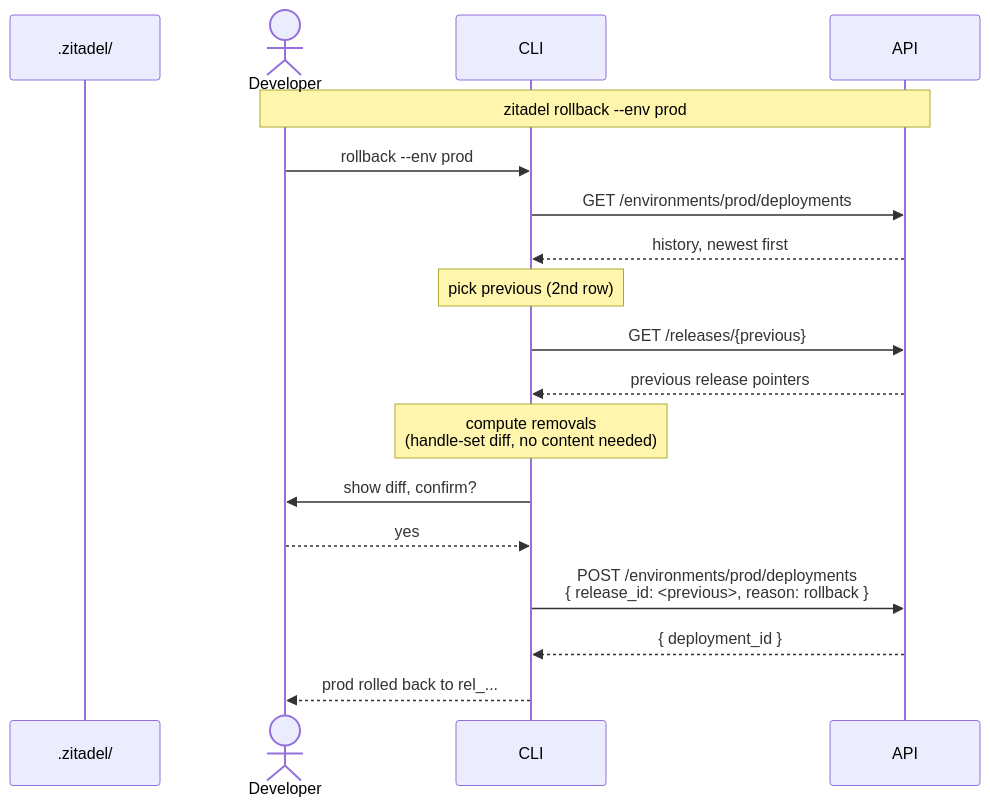
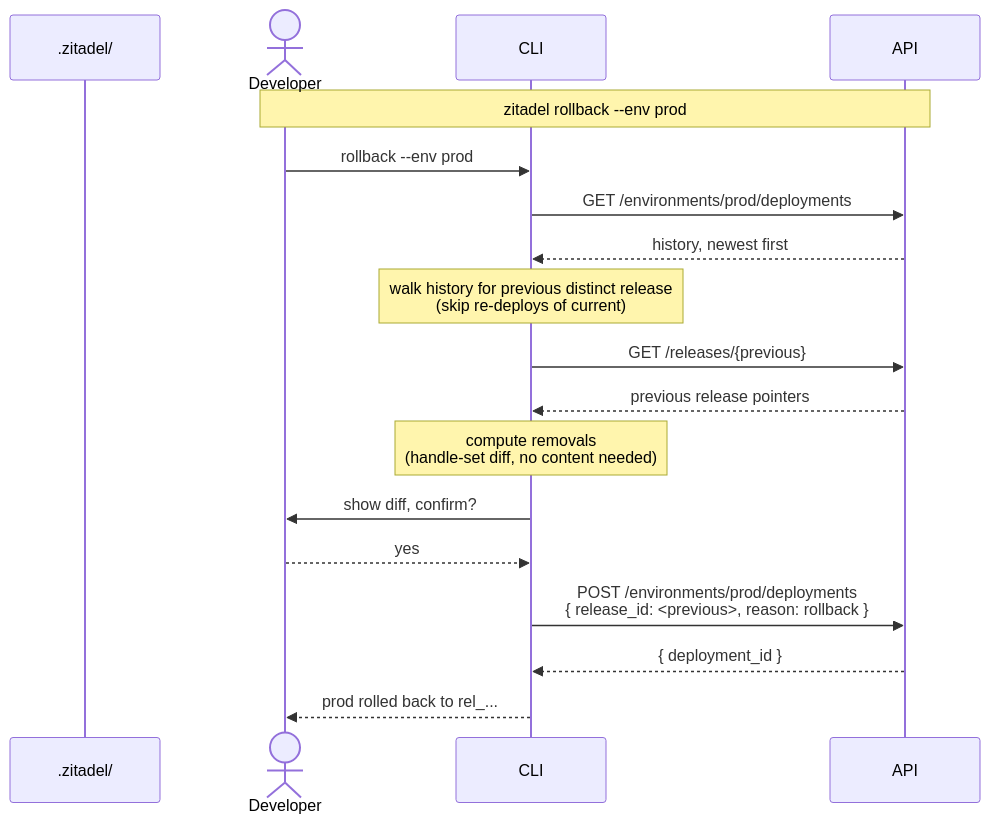
The fourth of 6 diagrams in docs/adrs/035-configuration-environments.md (zitadel/nextgen), drawn with Mermaid before and after one commit. The commit also changed other lines of this file, not shown here.

````diff
--- a/docs/adrs/035-configuration-environments.md
+++ b/docs/adrs/035-configuration-environments.md
@@ -256,21 +337,21 @@
 ```mermaid
 sequenceDiagram
     participant Local as .zitadel/
     actor Dev as Developer
     participant CLI
     participant API
 
     Note over Dev,API: zitadel rollback --env prod
     Dev->>CLI: rollback --env prod
     CLI->>API: GET /environments/prod/deployments
     API-->>CLI: history, newest first
-    Note over CLI: pick previous (2nd row)
+    Note over CLI: walk history for previous distinct release<br/>(skip re-deploys of current)
     CLI->>API: GET /releases/{previous}
     API-->>CLI: previous release pointers
     Note over CLI: compute removals<br/>(handle-set diff, no content needed)
     CLI->>Dev: show diff, confirm?
     Dev-->>CLI: yes
     CLI->>API: POST /environments/prod/deployments<br/>{ release_id: <previous>, reason: rollback }
     API-->>CLI: { deployment_id }
     CLI-->>Dev: prod rolled back to rel_...
 ```
````
